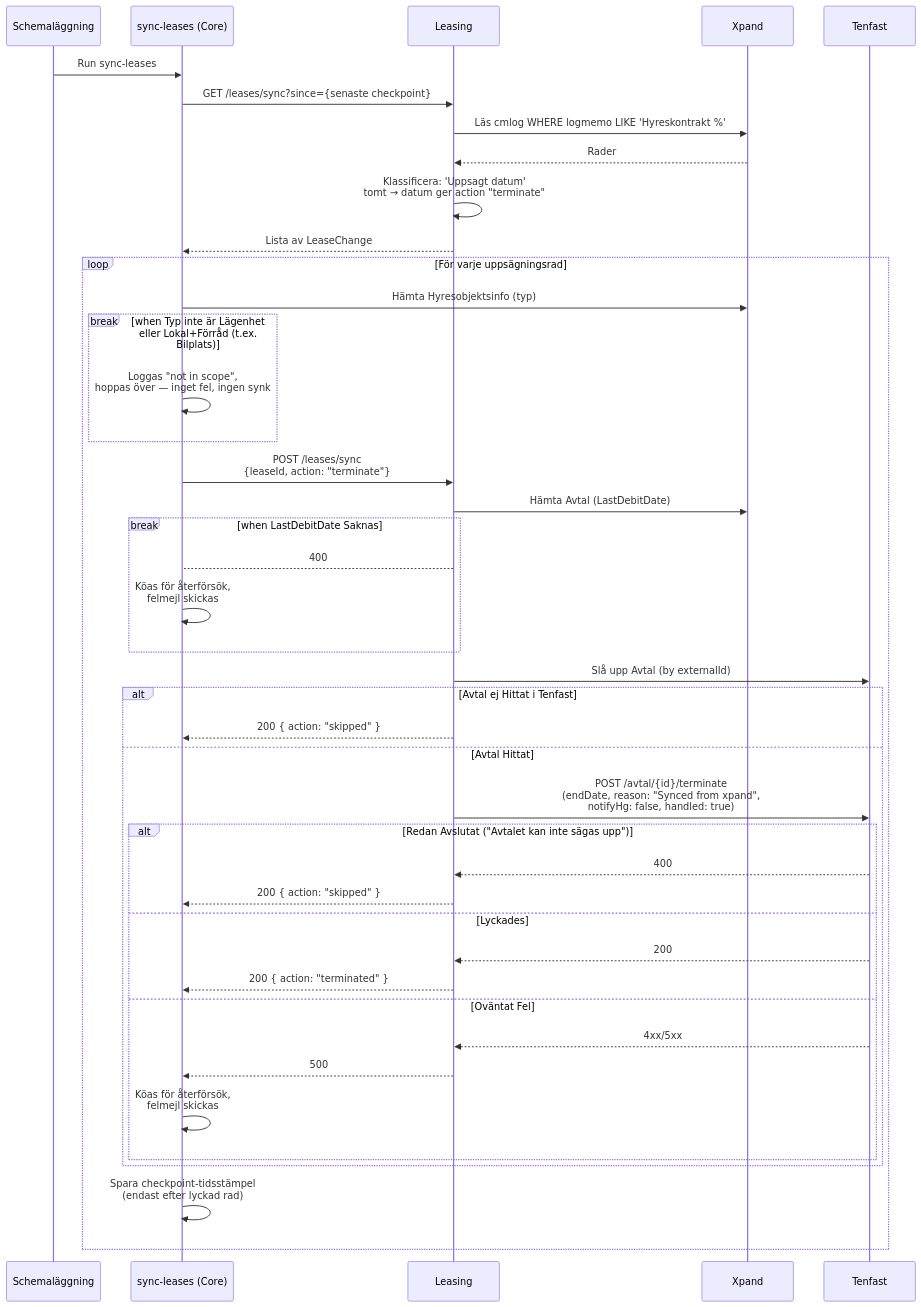
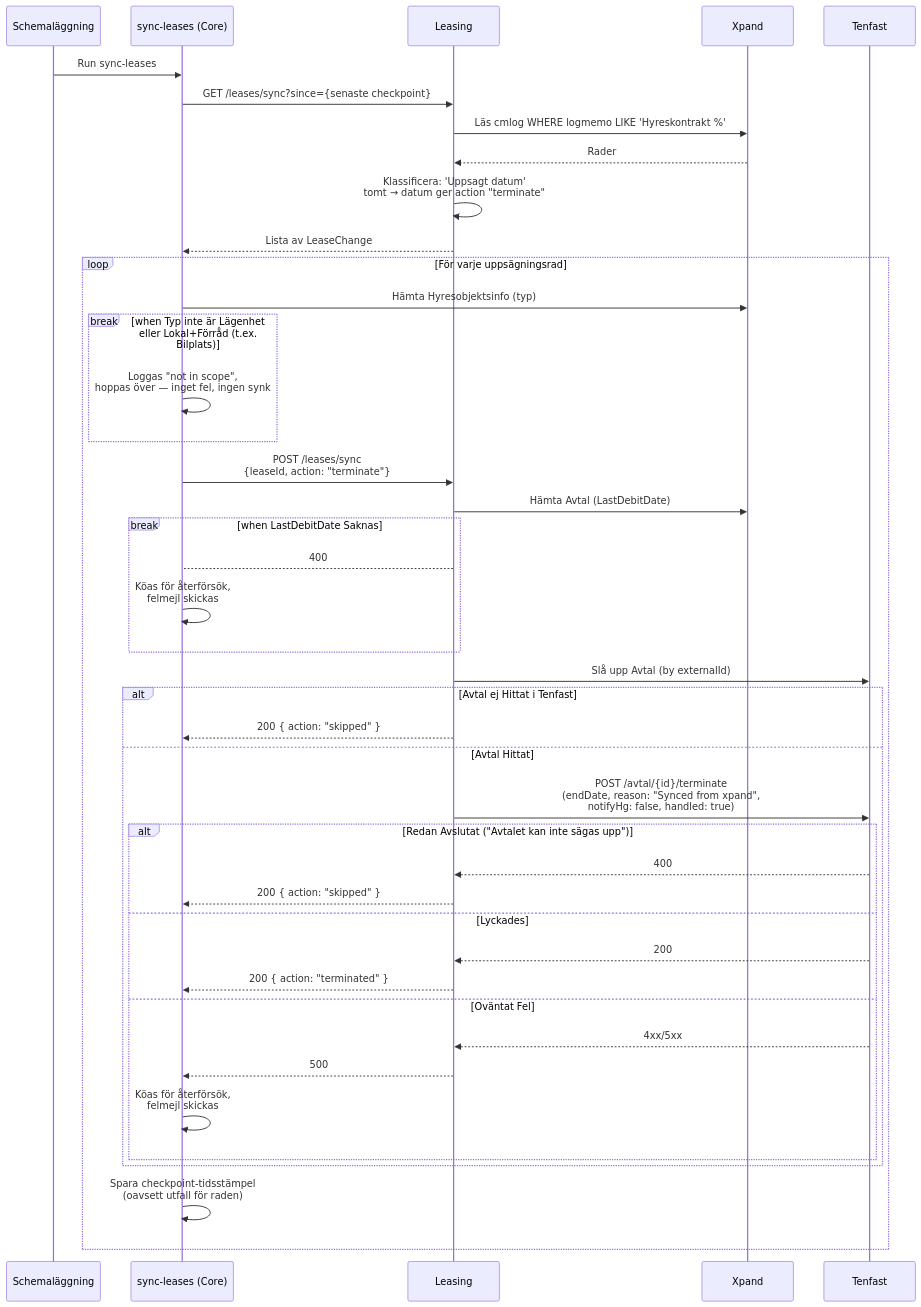
One commit to Bostads-AB-Mimer/onecore changed the second of 2 diagrams in core/src/processes/leasetermination/DOCS_Terminate_Lease_via_Xpand_Sync.md. Above: the diagram before and after it, drawn with Mermaid. The commit also changed other lines of this file and 2 other files, not shown here.

Commit message:
Docs: address Linda's review feedback on the lease termination PR
- Flowchart: the two non-rejection outcomes (signing request sent,
  routed to Xpand) were merging into the same "End: Avvisas" node as
  the actual rejection paths. Renamed to a neutral "End", matching the
  convention already used in the other process docs (e.g. home
  insurance) where a single End node covers every outcome.
- Sequence diagrams: corrected the checkpoint-save annotation in both
  Xpand sync docs — saveLastTimestamp runs unconditionally after each
  row (it's outside the try/catch), not only after a successful sync.
  Retries happen via the separate failed-rows queue, not by the
  checkpoint staying behind a failed row.

````diff
--- a/core/src/processes/leasetermination/DOCS_Terminate_Lease_via_Xpand_Sync.md
+++ b/core/src/processes/leasetermination/DOCS_Terminate_Lease_via_Xpand_Sync.md
@@ -35,53 +35,53 @@
 ```mermaid
 sequenceDiagram
     participant CronJob as Schemaläggning
     participant SyncScript as sync-leases (Core)
     participant Leasing as Leasing
     participant Xpand as Xpand
     participant Tenfast as Tenfast
 
     CronJob ->> SyncScript: Run sync-leases
     SyncScript ->> Leasing: GET /leases/sync?since={senaste checkpoint}
     Leasing ->> Xpand: Läs cmlog WHERE logmemo LIKE 'Hyreskontrakt %'
     Xpand -->> Leasing: Rader
     Leasing ->> Leasing: Klassificera: 'Uppsagt datum'<br/>tomt → datum ger action "terminate"
     Leasing -->> SyncScript: Lista av LeaseChange
 
     loop För varje uppsägningsrad
         SyncScript ->> Xpand: Hämta Hyresobjektsinfo (typ)
 
         break when Typ inte är Lägenhet eller Lokal+Förråd (t.ex. Bilplats)
             SyncScript ->> SyncScript: Loggas "not in scope",<br/>hoppas över — inget fel, ingen synk
         end
 
         SyncScript ->> Leasing: POST /leases/sync<br/>{leaseId, action: "terminate"}
         Leasing ->> Xpand: Hämta Avtal (LastDebitDate)
 
         break when LastDebitDate Saknas
             Leasing-->SyncScript: 400
             SyncScript ->> SyncScript: Köas för återförsök,<br/>felmejl skickas
         end
 
         Leasing ->> Tenfast: Slå upp Avtal (by externalId)
 
         alt Avtal ej Hittat i Tenfast
             Leasing-->>SyncScript: 200 { action: "skipped" }
         else Avtal Hittat
             Leasing ->> Tenfast: POST /avtal/{id}/terminate<br/>(endDate, reason: "Synced from xpand",<br/>notifyHg: false, handled: true)
             alt Redan Avslutat ("Avtalet kan inte sägas upp")
                 Tenfast-->>Leasing: 400
                 Leasing-->>SyncScript: 200 { action: "skipped" }
             else Lyckades
                 Tenfast-->>Leasing: 200
                 Leasing-->>SyncScript: 200 { action: "terminated" }
             else Oväntat Fel
                 Tenfast-->>Leasing: 4xx/5xx
                 Leasing-->>SyncScript: 500
                 SyncScript ->> SyncScript: Köas för återförsök,<br/>felmejl skickas
             end
         end
 
-        SyncScript ->> SyncScript: Spara checkpoint-tidsstämpel<br/>(endast efter lyckad rad)
+        SyncScript ->> SyncScript: Spara checkpoint-tidsstämpel<br/>(oavsett utfall för raden)
     end
 
 ```
````
